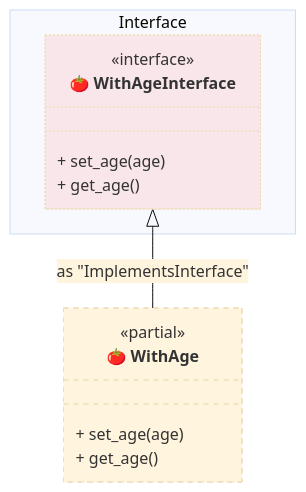
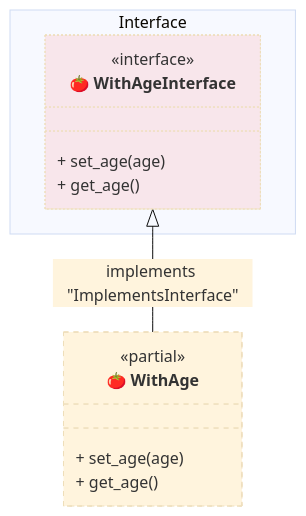
Before and after one commit to thecodecrate/python-pipeline: the eighth of 12 diagrams in tests/spec-001--class-composition-with-partial-classes.md, drawn with Mermaid (base theme). The commit also changed other lines of this file, not shown here.

````diff
--- a/tests/spec-001--class-composition-with-partial-classes.md
+++ b/tests/spec-001--class-composition-with-partial-classes.md
@@ -365,31 +365,31 @@
 ```mermaid
 classDiagram
     namespace Interface {
         class Interface1["🍅 WithAgeInterface"] {
             <<interface>>
             + set_age(age)
             + get_age()
         }
     }
 
     class Partial1["🍅 WithAge"] {
         <<partial>>
         + set_age(age)
         + get_age()
     }
 
     %% Relationships
-    Interface1 <|-- Partial1 : as "ImplementsInterface"
+    Interface1 <|-- Partial1 : implements "ImplementsInterface"
 
     %% Apply Styles
     style Base fill:#ffff6020, stroke-dasharray: 5 5
     style Composed bugfix:#111, stroke-width:2px, font-weight: bold
     style Partial1 bugfix:#111, stroke-dasharray: 5 5
     style Partial2 bugfix:#111, stroke-dasharray: 5 5
     style Partial3 bugfix:#111, stroke-dasharray: 5 5
     style Partial4 bugfix:#111, stroke-dasharray: 5 5
     style Interface1 fill:#ff606020, stroke-dasharray: 2 2
     style Interface2 fill:#ff606020, stroke-dasharray: 2 2
     style Interface3 fill:#ff606020, stroke-dasharray: 2 2
     style Interface4 fill:#ff606020, stroke-dasharray: 2 2
 ```
````
